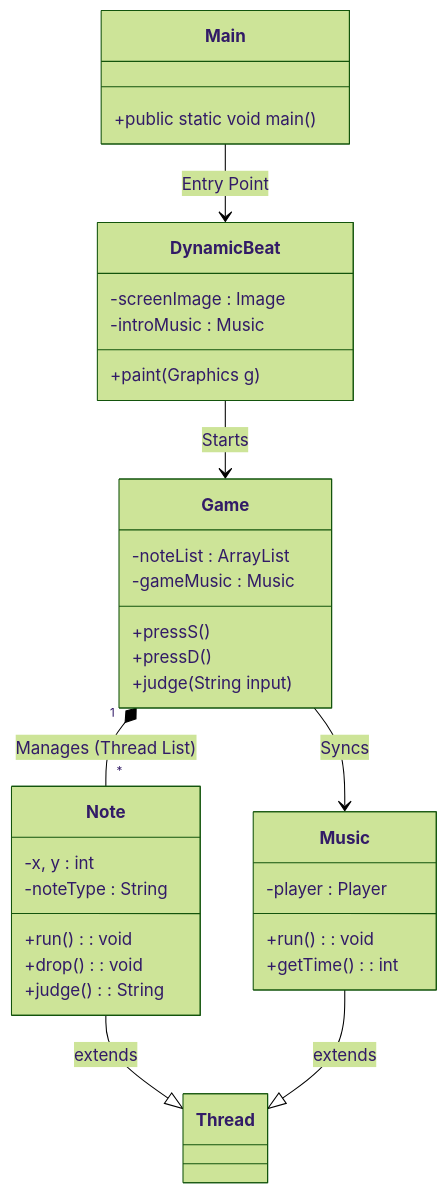
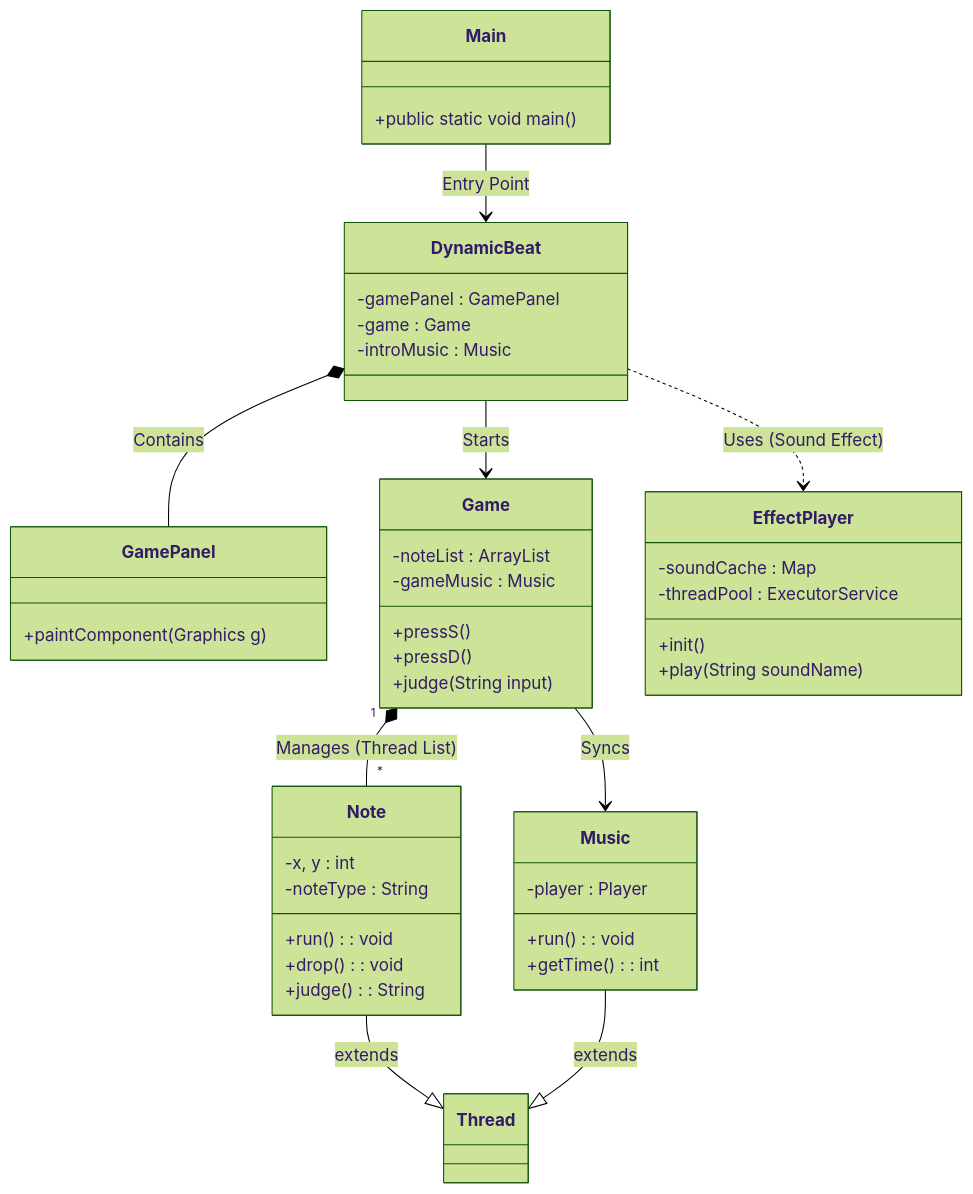
Before and after one commit to geeunii/Personal_Project: the diagram in README.md, drawn with Mermaid (forest theme). The commit also changed other lines of this file, not shown here.

````diff
--- a/README.md
+++ b/README.md
@@ -61,38 +66,49 @@
 ```mermaid
 classDiagram
     class Main {
         +public static void main()
     }
     class DynamicBeat {
-        -screenImage : Image
+        -gamePanel : GamePanel
+        -game : Game
         -introMusic : Music
-        +paint(Graphics g)
+    }
+    class GamePanel {
+        +paintComponent(Graphics g)
     }
     class Game {
         -noteList : ArrayList<Note>
         -gameMusic : Music
         +pressS()
         +pressD()
         +judge(String input)
     }
     class Note {
         -x, y : int
         -noteType : String
         +run() : void
         +drop() : void
         +judge() : String
     }
     class Music {
         -player : Player
         +run() : void
         +getTime() : int
     }
+    class EffectPlayer {
+        -soundCache : Map<String, byte[]>
+        -threadPool : ExecutorService
+        +init()
+        +play(String soundName)
+    }
     
     Main --> DynamicBeat : Entry Point
+    DynamicBeat *-- GamePanel : Contains
     DynamicBeat --> Game : Starts
     Game "1" *-- "*" Note : Manages (Thread List)
     Game --> Music : Syncs
+    DynamicBeat ..> EffectPlayer : Uses (Sound Effect)
     Note --|> Thread : extends
     Music --|> Thread : extends
-
+    
 ```
````
